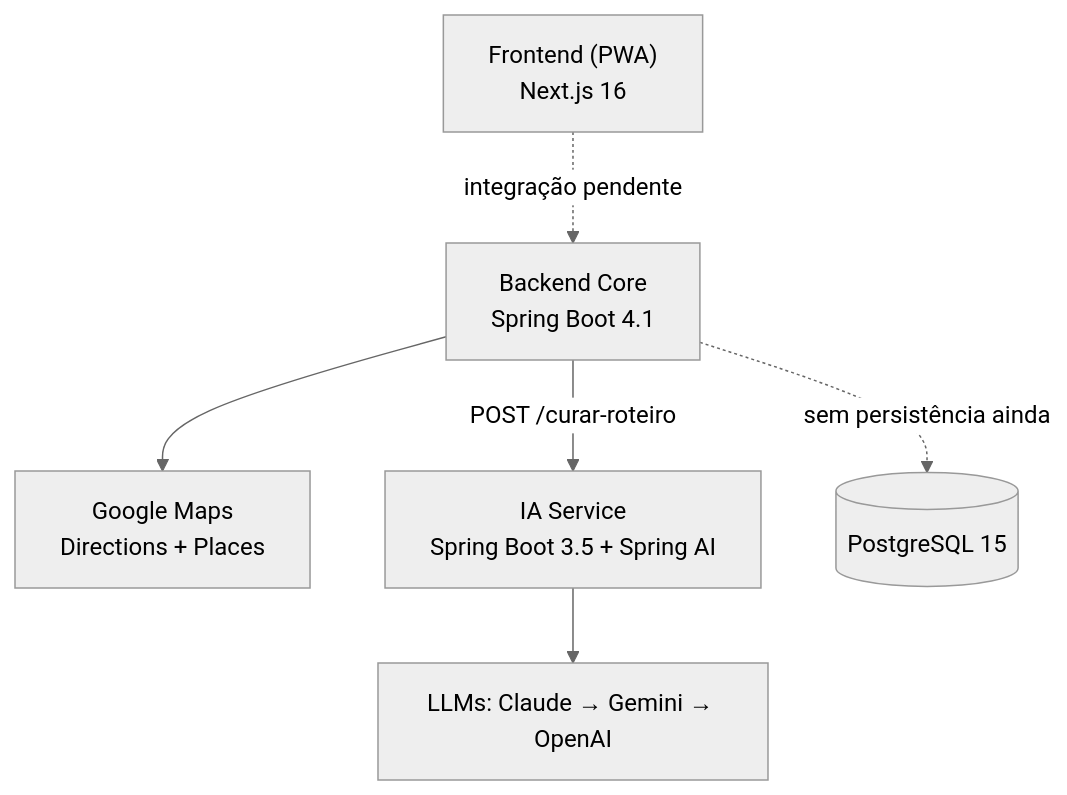
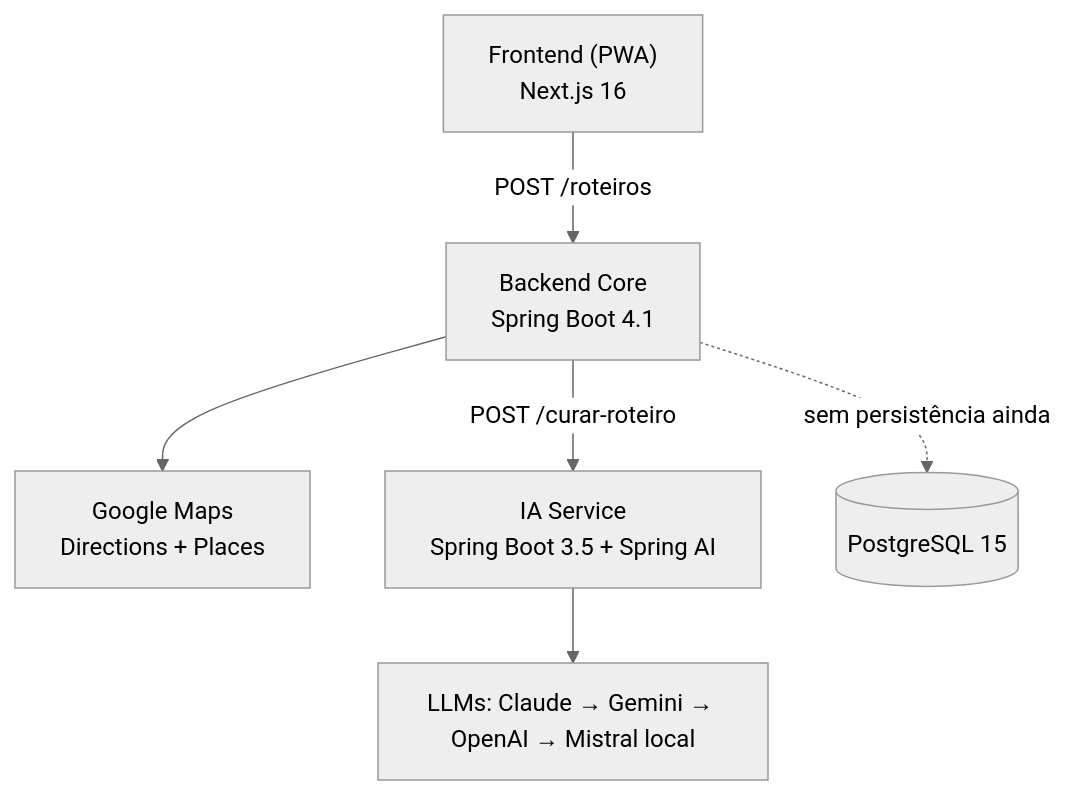
One commit to KyuCorporation/KYR changed the diagram in README.md. Above: the diagram before and after it, drawn with Mermaid (neutral theme). The commit also changed other lines of this file, not shown here.

````diff
--- a/README.md
+++ b/README.md
@@ -19,8 +19,8 @@
 ```mermaid
 flowchart TD
-    A["Frontend (PWA)<br/>Next.js 16"] -.->|integração pendente| C["Backend Core<br/>Spring Boot 4.1"]
+    A["Frontend (PWA)<br/>Next.js 16"] -->|POST /roteiros| C["Backend Core<br/>Spring Boot 4.1"]
     C --> G["Google Maps<br/>Directions + Places"]
     C -->|POST /curar-roteiro| E["IA Service<br/>Spring Boot 3.5 + Spring AI"]
     C -.->|sem persistência ainda| D[("PostgreSQL 15")]
-    E --> F["LLMs: Claude → Gemini → OpenAI"]
+    E --> F["LLMs: Claude → Gemini → OpenAI → Mistral local"]
 ```
````
